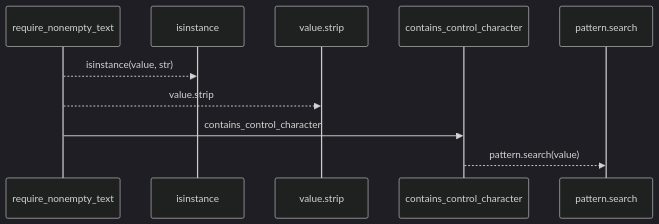
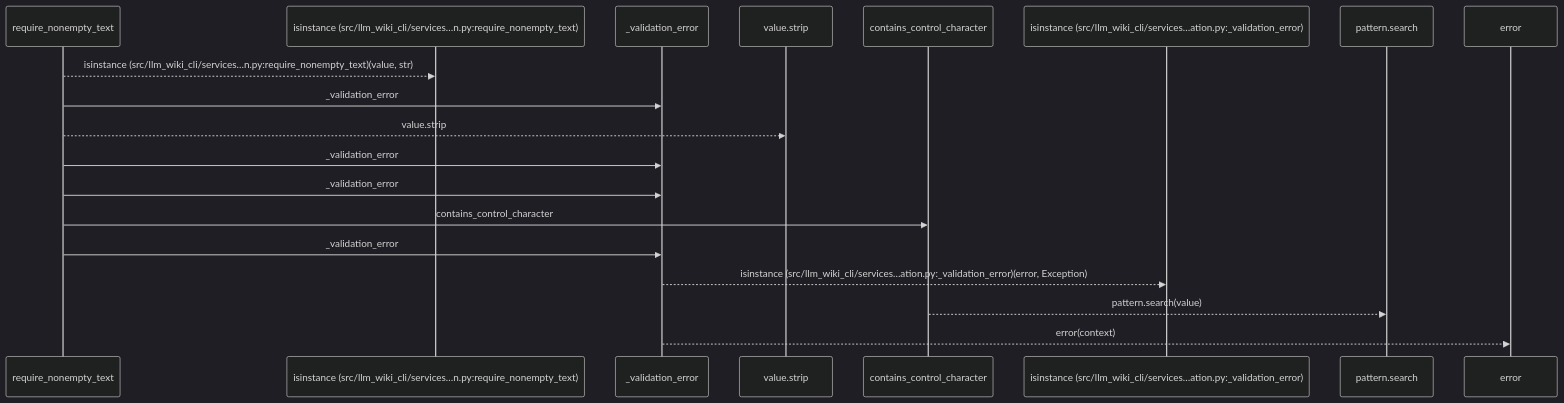
One commit to Denissvgn/python-wiki-llm changed the first of 2 diagrams in docs/llm_wiki/flows/api-require_nonempty_text.md. Above: the diagram before and after it, drawn with Mermaid (dark theme). The commit also changed other lines of this file and 627 other files, not shown here.

````diff
--- a/docs/llm_wiki/flows/api-require_nonempty_text.md
+++ b/docs/llm_wiki/flows/api-require_nonempty_text.md
@@ -12,12 +12,21 @@
 ```mermaid
 sequenceDiagram
     participant p0 as require_nonempty_text
-    participant p1 as isinstance
-    participant p2 as value.strip
-    participant p3 as contains_control_character
-    participant p4 as pattern.search
-    p0-->>p1: isinstance(value, str)
-    p0-->>p2: value.strip
-    p0->>p3: contains_control_character
-    p3-->>p4: pattern.search(value)
+    participant p1 as isinstance (src/llm_wiki_cli/services…n.py:require_nonempty_text)
+    participant p2 as _validation_error
+    participant p3 as value.strip
+    participant p4 as contains_control_character
+    participant p5 as isinstance (src/llm_wiki_cli/services…ation.py:_validation_error)
+    participant p6 as pattern.search
+    participant p7 as error
+    p0-->>p1: isinstance (src/llm_wiki_cli/services…n.py:require_nonempty_text)(value, str)
+    p0->>p2: _validation_error
+    p0-->>p3: value.strip
+    p0->>p2: _validation_error
+    p0->>p2: _validation_error
+    p0->>p4: contains_control_character
+    p0->>p2: _validation_error
+    p2-->>p5: isinstance (src/llm_wiki_cli/services…ation.py:_validation_error)(error, Exception)
+    p4-->>p6: pattern.search(value)
+    p2-->>p7: error(context)
 ```
````
